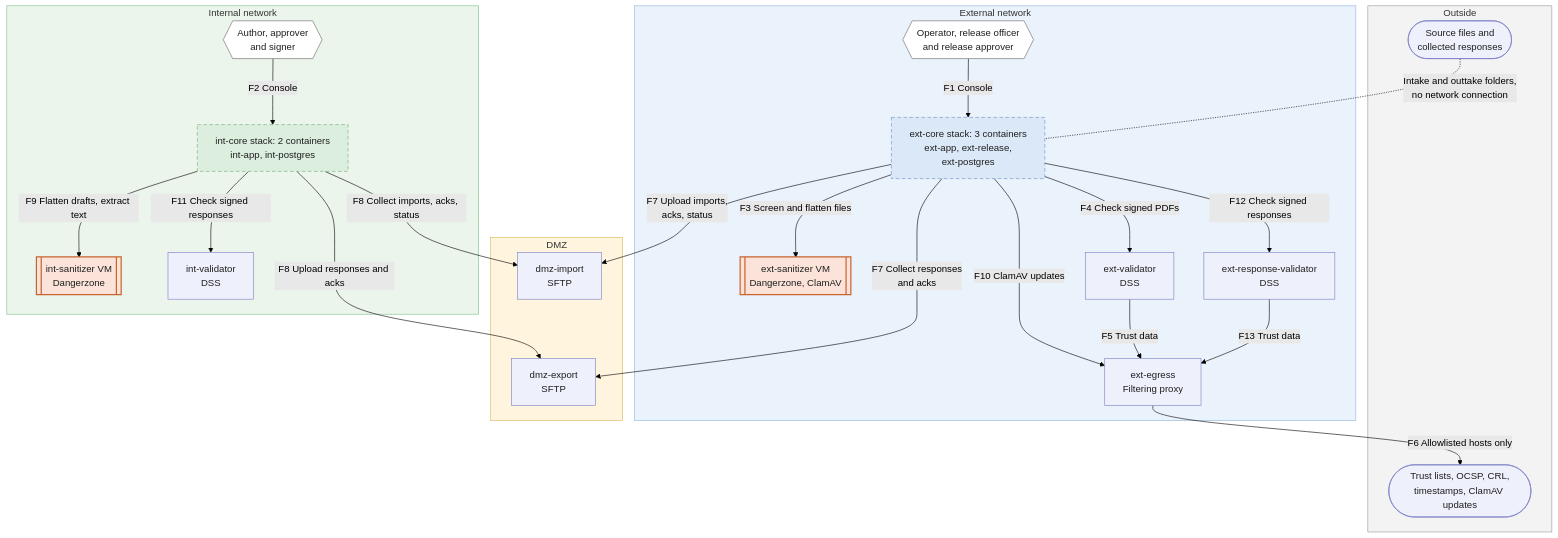
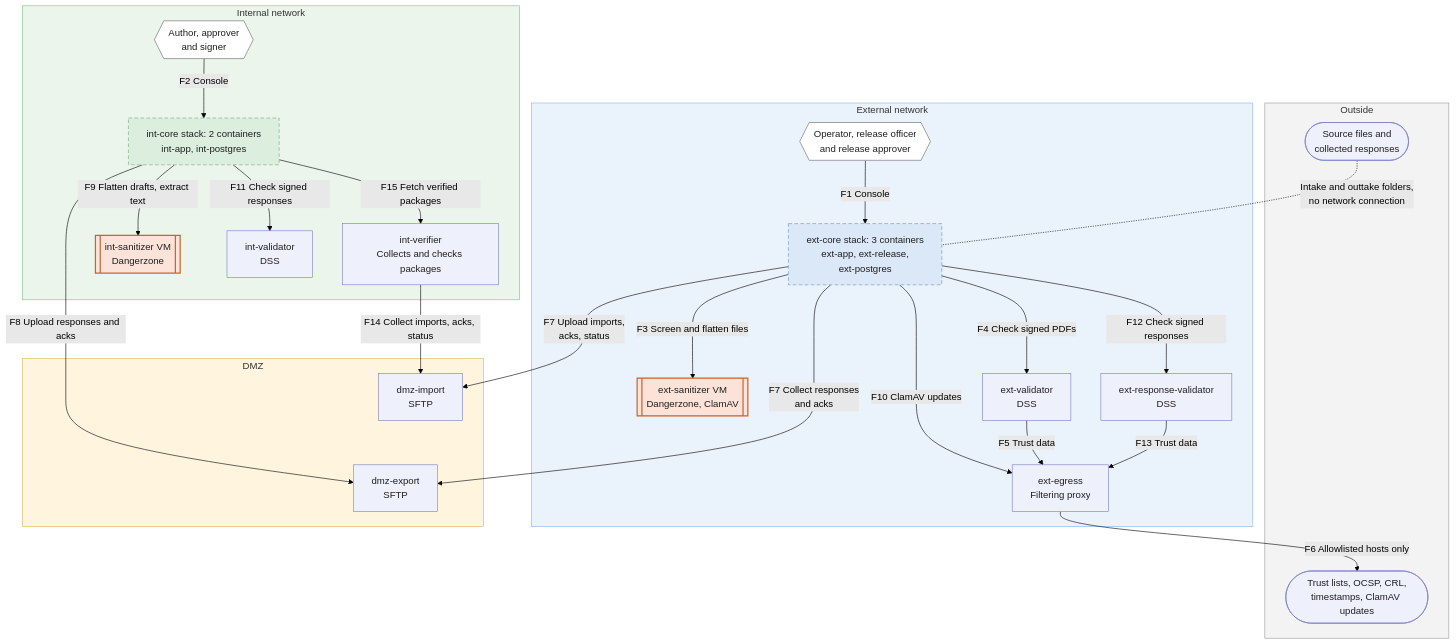
The eighth of 8 diagrams in document-exchange-mvp-technical-documentation.md (tgivslife/dxg-document-gateway), drawn with Mermaid (forest theme) before and after one commit. The commit also changed other lines of this file and 3 other files, not shown here.

````diff
--- a/document-exchange-mvp-technical-documentation.md
+++ b/document-exchange-mvp-technical-documentation.md
@@ -590,71 +605,73 @@
 ```mermaid
 flowchart TB
     accDescr: Complete POC architecture showing every container, VM and allowed connection
     %% Each arrow points from the side that opens the connection.
     %% Edge labels start with the flow ID from the matrix in section 5.1.
     %% Solid box: container. Dashed box: stack. Double side borders: VM.
     %% Rounded box: outside service. Hexagon: people using a console.
 
     subgraph OUT["Outside"]
         FILES(["Source files and<br/>collected responses"])
         TRUST(["Trust lists, OCSP, CRL,<br/>timestamps, ClamAV updates"])
     end
 
     subgraph EXT["External network"]
         EXTUSERS{{"Operator, release officer<br/>and release approver"}}
         EXTCORE["ext-core stack: 3 containers<br/>ext-app, ext-release,<br/>ext-postgres"]
         EXTSAN[["ext-sanitizer VM<br/>Dangerzone, ClamAV"]]
         EXTVAL["ext-validator<br/>DSS"]
         RESPVAL["ext-response-validator<br/>DSS"]
         EGRESS["ext-egress<br/>Filtering proxy"]
     end
 
     subgraph DMZ["DMZ"]
         DMZI["dmz-import<br/>SFTP"]
         DMZE["dmz-export<br/>SFTP"]
     end
 
     subgraph INT["Internal network"]
         INTUSERS{{"Author, approver<br/>and signer"}}
         INTCORE["int-core stack: 2 containers<br/>int-app, int-postgres"]
+        INTVER["int-verifier<br/>Collects and checks packages"]
         INTSAN[["int-sanitizer VM<br/>Dangerzone"]]
         INTVAL["int-validator<br/>DSS"]
     end
 
     FILES -.-|"Intake and outtake folders,<br/>no network connection"| EXTCORE
     EXTUSERS -->|"F1 Console"| EXTCORE
     EXTCORE -->|"F3 Screen and flatten files"| EXTSAN
     EXTCORE -->|"F4 Check signed PDFs"| EXTVAL
     EXTCORE -->|"F12 Check signed responses"| RESPVAL
     EXTCORE -->|"F10 ClamAV updates"| EGRESS
     EXTVAL -->|"F5 Trust data"| EGRESS
     RESPVAL -->|"F13 Trust data"| EGRESS
     EGRESS -->|"F6 Allowlisted hosts only"| TRUST
     EXTCORE -->|"F7 Upload imports,<br/>acks, status"| DMZI
     EXTCORE -->|"F7 Collect responses<br/>and acks"| DMZE
-    INTCORE -->|"F8 Collect imports, acks, status"| DMZI
+    INTVER -->|"F14 Collect imports, acks, status"| DMZI
+    INTCORE -->|"F15 Fetch verified packages"| INTVER
     INTCORE -->|"F8 Upload responses and acks"| DMZE
     INTUSERS -->|"F2 Console"| INTCORE
     INTCORE -->|"F9 Flatten drafts, extract text"| INTSAN
     INTCORE -->|"F11 Check signed responses"| INTVAL
 
     %% Layout only: stack the DMZ hosts so that no edge runs between them.
     DMZI ~~~ DMZE
 
     classDef container fill:#eef0fb,stroke:#7b7fc4,color:#1f1f1f
     classDef extStack fill:#dbe8f7,stroke:#6b8fc4,stroke-dasharray:6 4,color:#1f1f1f
     classDef intStack fill:#dcefdf,stroke:#6fa97a,stroke-dasharray:6 4,color:#1f1f1f
     classDef vm fill:#fbe3d9,stroke:#c8642e,stroke-width:2px,color:#1f1f1f
     classDef service fill:#eef0fb,stroke:#7b7fc4,color:#1f1f1f
     classDef people fill:#ffffff,stroke:#666666,color:#1f1f1f
-    class EXTVAL,RESPVAL,EGRESS,DMZI,DMZE,INTVAL container
+    class EXTVAL,RESPVAL,EGRESS,DMZI,DMZE,INTVAL,INTVER container
     class EXTCORE extStack
     class INTCORE intStack
     class EXTSAN,INTSAN vm
     class FILES,TRUST service
     class EXTUSERS,INTUSERS people
     style OUT fill:#f3f3f3,stroke:#9a9a9a
     style EXT fill:#eaf2fb,stroke:#8fb4e0
     style DMZ fill:#fff4dd,stroke:#d8b85a
     style INT fill:#ebf5ec,stroke:#7fbf8a
 ```
````
